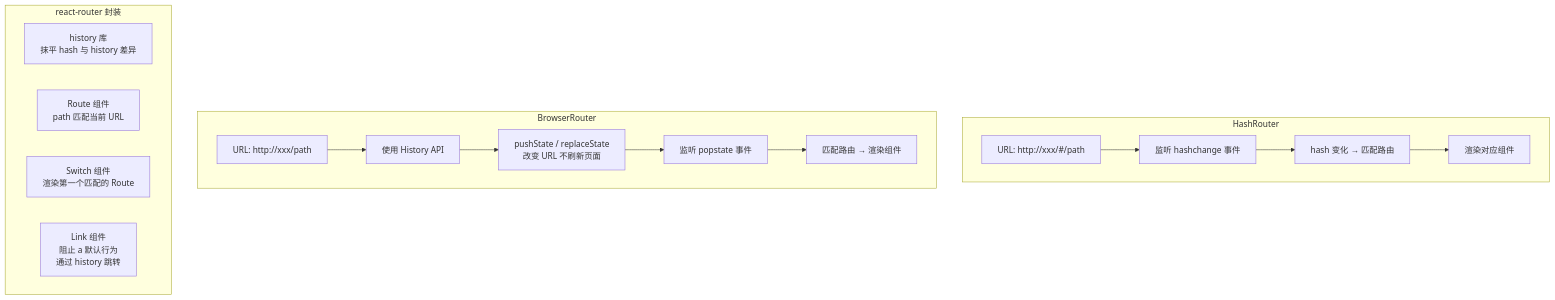
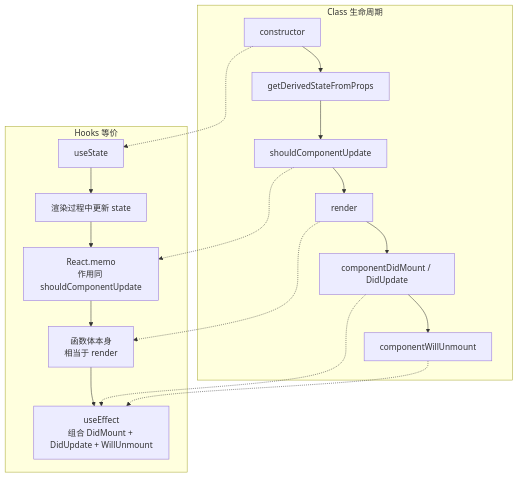
One commit to KMaybe01/common changed the eighth of 21 diagrams in 00-基础常识/05-React-详解版.md. Above: the diagram before and after it, drawn with Mermaid. The commit also changed other lines of this file and 10 other files, not shown here.

````diff
--- a/00-基础常识/05-React-详解版.md
+++ b/00-基础常识/05-React-详解版.md
@@ -906,22 +551,23 @@
 ```mermaid
 flowchart TD
-    subgraph HashRouter
-        H1["URL: http://xxx/#/path"] --> H2["监听 hashchange 事件"]
-        H2 --> H3["hash 变化 → 匹配路由"]
-        H3 --> H4["渲染对应组件"]
+    subgraph Class 生命周期
+        C1["constructor"] --> C2["getDerivedStateFromProps"]
+        C2 --> C3["shouldComponentUpdate"]
+        C3 --> C4["render"]
+        C4 --> C5["componentDidMount / DidUpdate"]
+        C5 --> C6["componentWillUnmount"]
     end
-    
-    subgraph BrowserRouter
-        B1["URL: http://xxx/path"] --> B2["使用 History API"]
-        B2 --> B3["pushState / replaceState\n改变 URL 不刷新页面"]
-        B3 --> B4["监听 popstate 事件"]
-        B4 --> B5["匹配路由 → 渲染组件"]
+
+    subgraph Hooks 等价
+        H1["useState"] --> H2["渲染过程中更新 state"]
+        H2 --> H3["React.memo<br/>作用同 shouldComponentUpdate"]
+        H3 --> H4["函数体本身<br/>相当于 render"]
+        H4 --> H5["useEffect<br/>组合 DidMount + DidUpdate + WillUnmount"]
     end
-    
-    subgraph react-router 封装
-        L1["history 库\n抹平 hash 与 history 差异"]
-        L2["Route 组件\npath 匹配当前 URL"]
-        L3["Switch 组件\n渲染第一个匹配的 Route"]
-        L4["Link 组件\n阻止 a 默认行为\n通过 history 跳转"]
-    end
+
+    C1 -.-> H1
+    C3 -.-> H3
+    C4 -.-> H4
+    C5 -.-> H5
+    C6 -.-> H5
 ```
````
